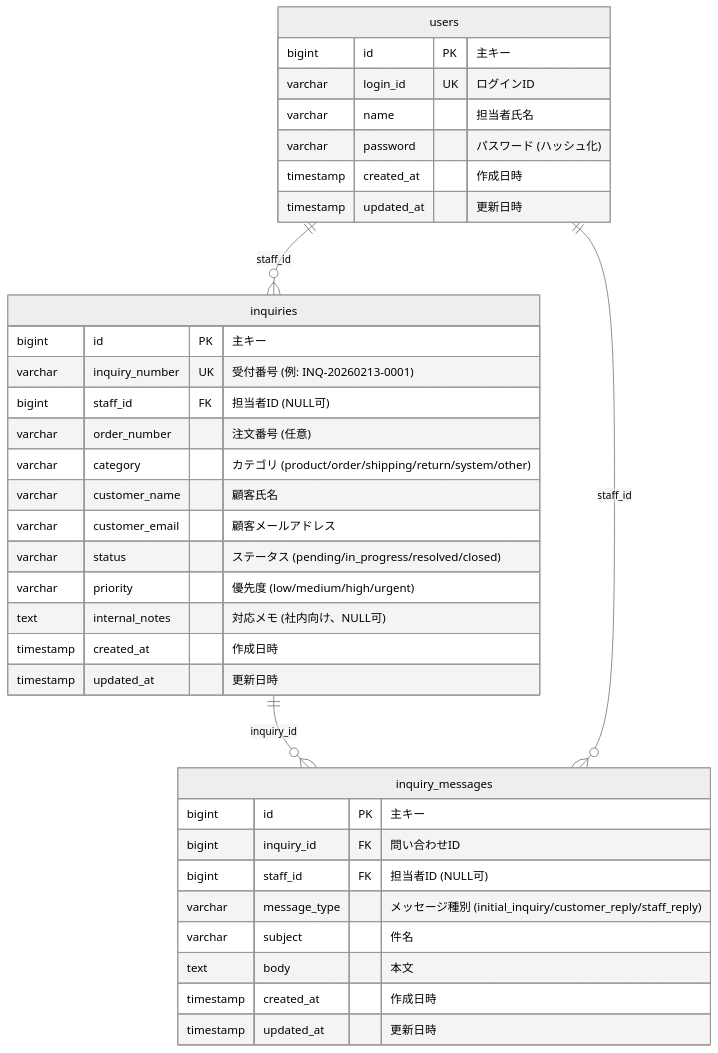
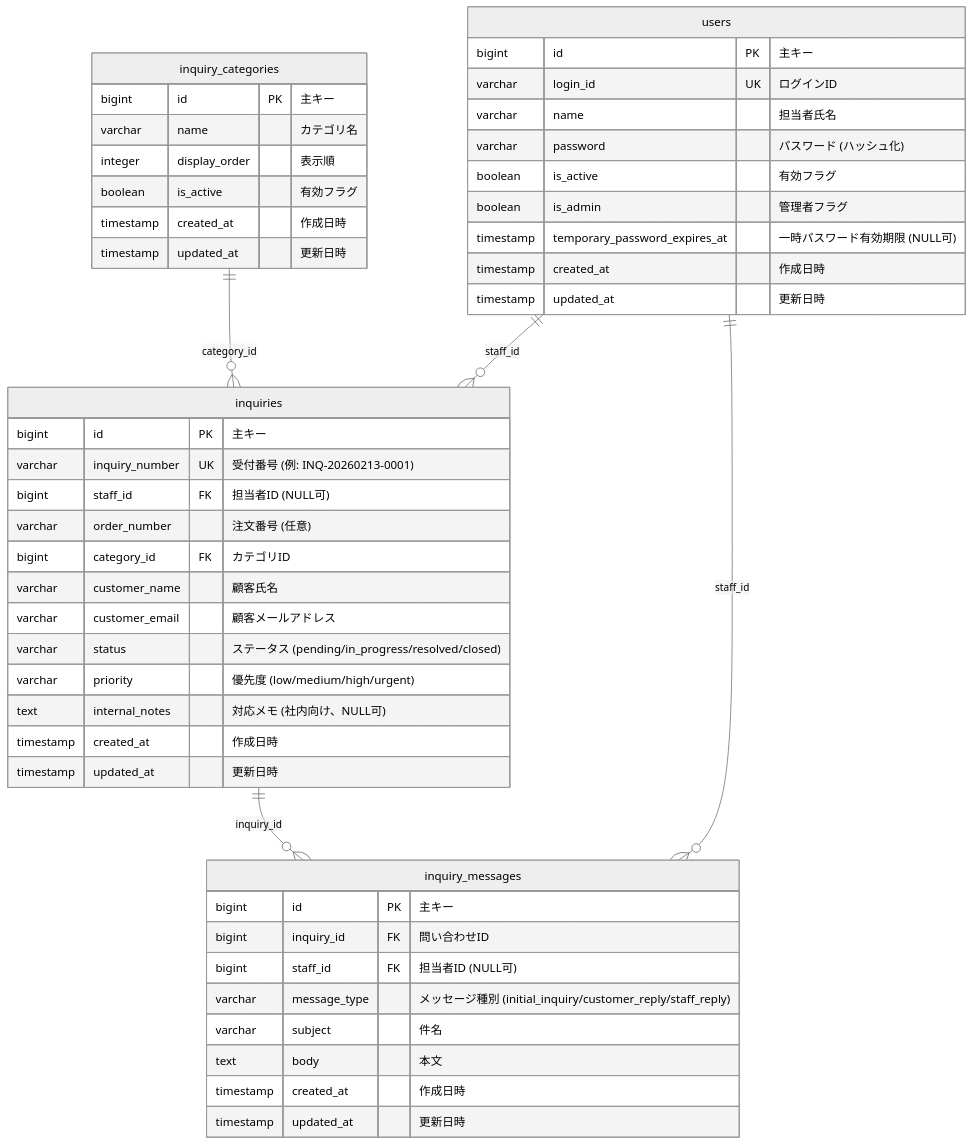
Before and after one commit to pomepome0505/ec-contact: the diagram in documents/DB設計書/ER図.mmd, drawn with Mermaid (neutral theme). The commit also changed 57 other files, not shown here.

```diff
--- a/documents/DB設計書/ER図.mmd
+++ b/documents/DB設計書/ER図.mmd
@@ -1,39 +1,52 @@
 erDiagram
+    inquiry_categories ||--o{ inquiries : "category_id"
     inquiries ||--o{ inquiry_messages : "inquiry_id"
     users ||--o{ inquiries : "staff_id"
     users ||--o{ inquiry_messages : "staff_id"
-    
+
+    inquiry_categories {
+        bigint id PK "主キー"
+        varchar name "カテゴリ名"
+        integer display_order "表示順"
+        boolean is_active "有効フラグ"
+        timestamp created_at "作成日時"
+        timestamp updated_at "更新日時"
+    }
+
     inquiries {
         bigint id PK "主キー"
         varchar inquiry_number UK "受付番号 (例: INQ-20260213-0001)"
         bigint staff_id FK "担当者ID (NULL可)"
         varchar order_number "注文番号 (任意)"
-        varchar category "カテゴリ (product/order/shipping/return/system/other)"
+        bigint category_id FK "カテゴリID"
         varchar customer_name "顧客氏名"
         varchar customer_email "顧客メールアドレス"
         varchar status "ステータス (pending/in_progress/resolved/closed)"
         varchar priority "優先度 (low/medium/high/urgent)"
         text internal_notes "対応メモ (社内向け、NULL可)"
         timestamp created_at "作成日時"
         timestamp updated_at "更新日時"
     }
-    
+
     users {
         bigint id PK "主キー"
         varchar login_id UK "ログインID"
         varchar name "担当者氏名"
         varchar password "パスワード (ハッシュ化)"
+        boolean is_active "有効フラグ"
+        boolean is_admin "管理者フラグ"
+        timestamp temporary_password_expires_at "一時パスワード有効期限 (NULL可)"
         timestamp created_at "作成日時"
         timestamp updated_at "更新日時"
     }
-    
+
     inquiry_messages {
         bigint id PK "主キー"
         bigint inquiry_id FK "問い合わせID"
         bigint staff_id FK "担当者ID (NULL可)"
         varchar message_type "メッセージ種別 (initial_inquiry/customer_reply/staff_reply)"
         varchar subject "件名"
         text body "本文"
         timestamp created_at "作成日時"
         timestamp updated_at "更新日時"
     }
```
